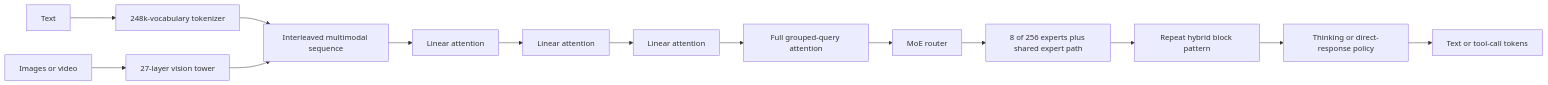
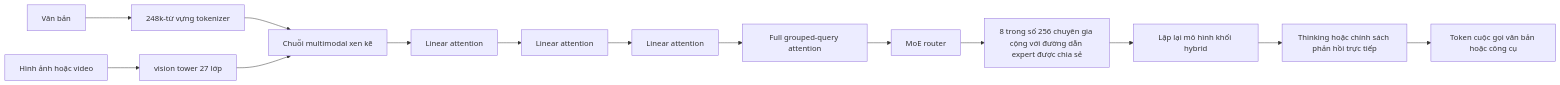
The sixth of 28 diagrams in docs/research_finding/01-gwen/broad_overview/LLM_VLM/recent_llm_overview.md (cycler04/VinRobotics-VLA), drawn with Mermaid before and after one commit. The commit also changed other lines of this file and 79 other files, not shown here.

````diff
--- a/docs/research_finding/01-gwen/broad_overview/LLM_VLM/recent_llm_overview.md
+++ b/docs/research_finding/01-gwen/broad_overview/LLM_VLM/recent_llm_overview.md
@@ -327,16 +327,16 @@
 ```mermaid
 flowchart LR
-    T[Text] --> Tok[248k-vocabulary tokenizer]
-    Img[Images or video] --> ViT[27-layer vision tower]
-    Tok --> Pack[Interleaved multimodal sequence]
+    T[Văn bản] --> Tok[248k-từ vựng tokenizer]
+    Img[Hình ảnh hoặc video] --> ViT[vision tower 27 lớp]
+    Tok --> Pack[Chuỗi multimodal xen kẽ]
     ViT --> Pack
     Pack --> L1[Linear attention]
     L1 --> L2[Linear attention]
     L2 --> L3[Linear attention]
     L3 --> FA[Full grouped-query attention]
     FA --> Router[MoE router]
-    Router --> E[8 of 256 experts plus shared expert path]
-    E --> Next[Repeat hybrid block pattern]
-    Next --> Think[Thinking or direct-response policy]
-    Think --> Out[Text or tool-call tokens]
+    Router --> E[8 trong số 256 chuyên gia cộng với đường dẫn expert được chia sẻ]
+    E --> Next[Lặp lại mô hình khối hybrid]
+    Next --> Think[Thinking hoặc chính sách phản hồi trực tiếp]
+    Think --> Out[Token cuộc gọi văn bản hoặc công cụ]
 ```
````
